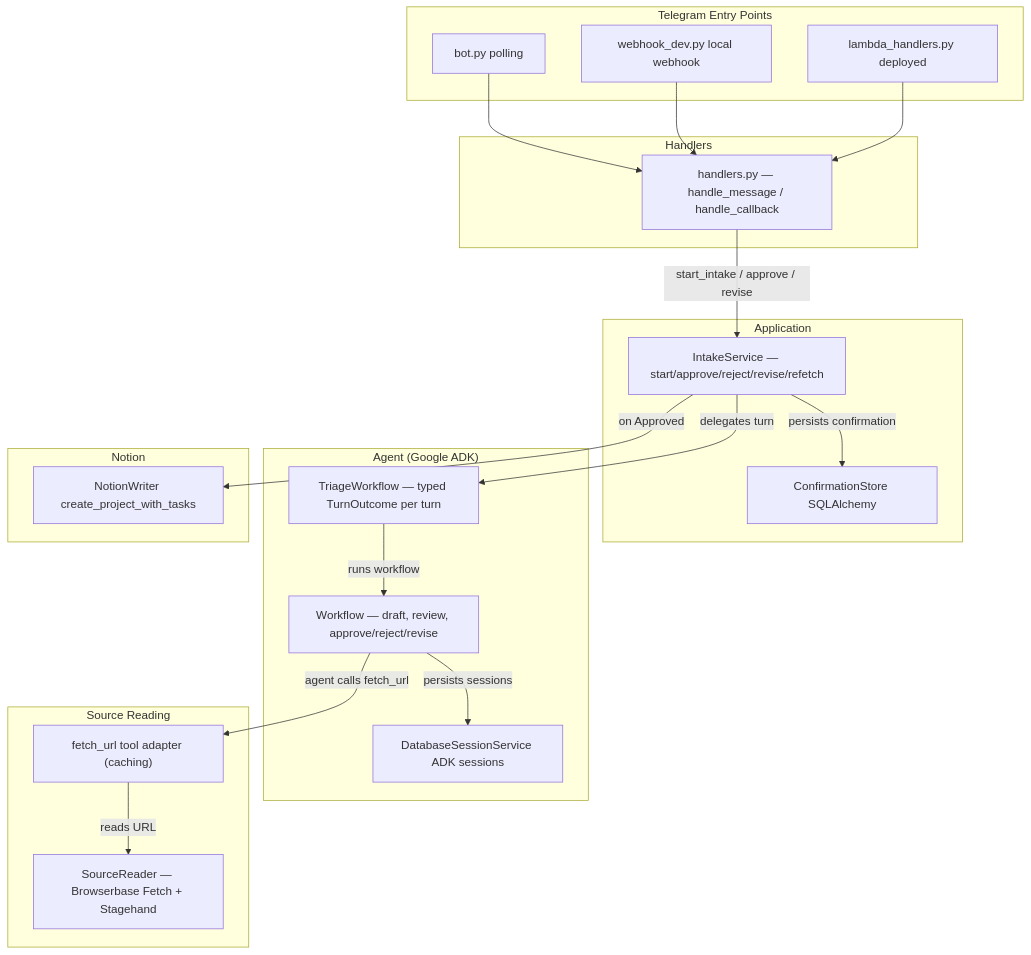
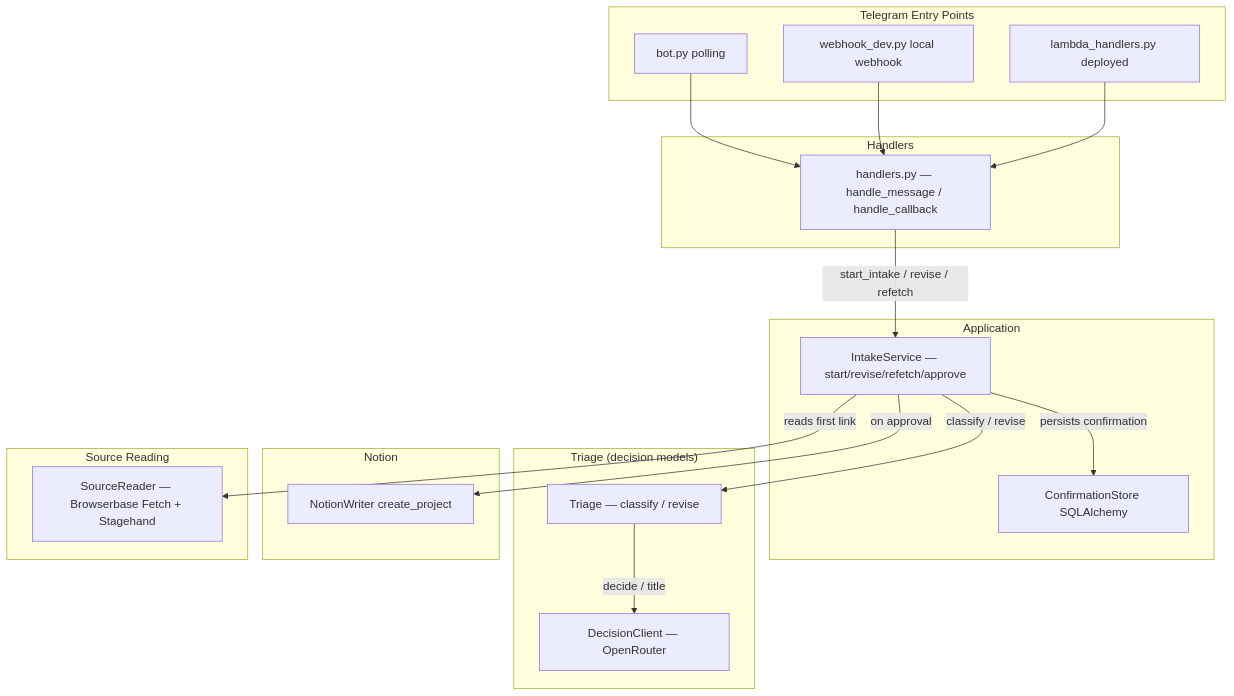
The diagram in openwiki/architecture/overview.md (iamtokarev/backlog-tamer), drawn with Mermaid before and after one commit. The commit also changed other lines of this file and 23 other files, not shown here.

First line of the commit message:
docs: describe triage by decision models

````diff
--- a/openwiki/architecture/overview.md
+++ b/openwiki/architecture/overview.md
@@ -53,44 +49,40 @@
 ```mermaid
 flowchart TD
     subgraph "Telegram Entry Points"
         A1["bot.py polling"]
         A2["webhook_dev.py local webhook"]
         A3["lambda_handlers.py deployed"]
     end
 
     subgraph "Handlers"
         H["handlers.py — handle_message / handle_callback"]
     end
 
     subgraph "Application"
-        IS["IntakeService — start/approve/reject/revise/refetch"]
+        IS["IntakeService — start/revise/refetch/approve"]
         CS["ConfirmationStore SQLAlchemy"]
     end
 
-    subgraph "Agent (Google ADK)"
-        TW["TriageWorkflow — typed TurnOutcome per turn"]
-        WF["Workflow — draft, review, approve/reject/revise"]
-        DS["DatabaseSessionService ADK sessions"]
+    subgraph "Triage (decision models)"
+        T["Triage — classify / revise"]
+        DC["DecisionClient — OpenRouter"]
     end
 
     subgraph "Notion"
-        NW["NotionWriter create_project_with_tasks"]
+        NW["NotionWriter create_project"]
     end
 
     subgraph "Source Reading"
         SR["SourceReader — Browserbase Fetch + Stagehand"]
-        FU["fetch_url tool adapter (caching)"]
     end
 
     A1 --> H
     A2 --> H
     A3 --> H
-    H -->|"start_intake / approve / revise"| IS
-    IS -->|"delegates turn"| TW
-    TW -->|"runs workflow"| WF
-    WF -->|"persists sessions"| DS
-    WF -->|"agent calls fetch_url"| FU
-    FU -->|"reads URL"| SR
+    H -->|"start_intake / revise / refetch"| IS
+    IS -->|"classify / revise"| T
+    T -->|"decide / title"| DC
+    IS -->|"reads first link"| SR
     IS -->|"persists confirmation"| CS
-    IS -->|"on Approved"| NW
+    IS -->|"on approval"| NW
 ```
````
